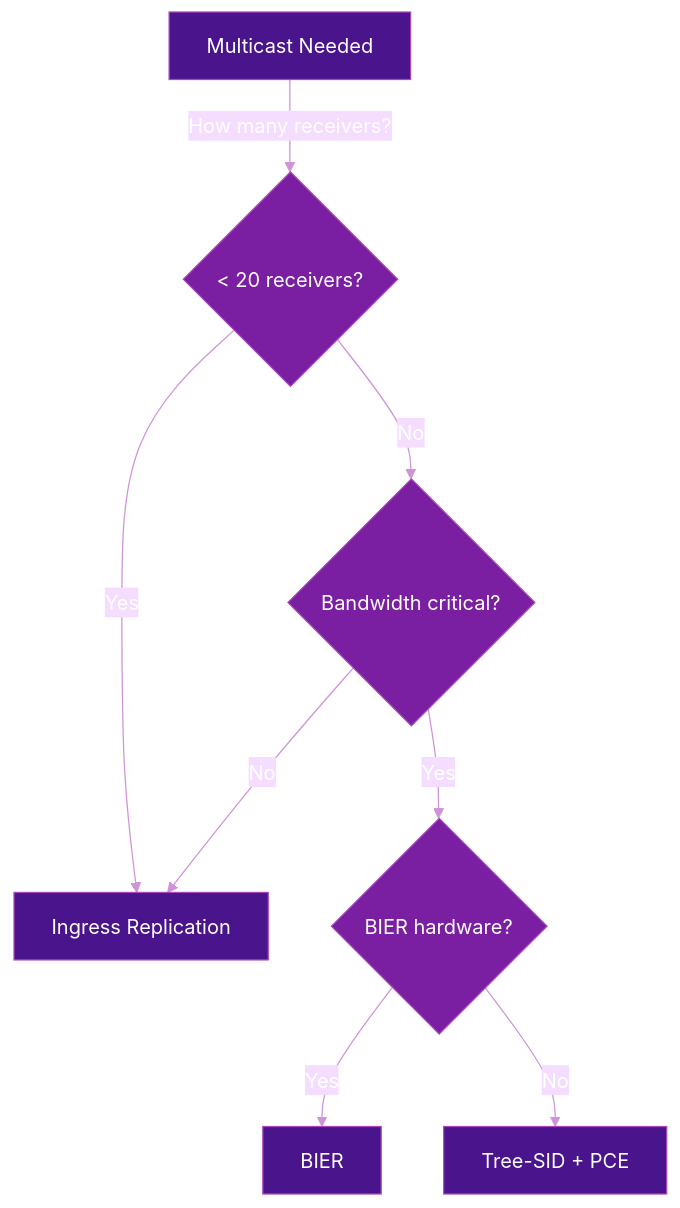
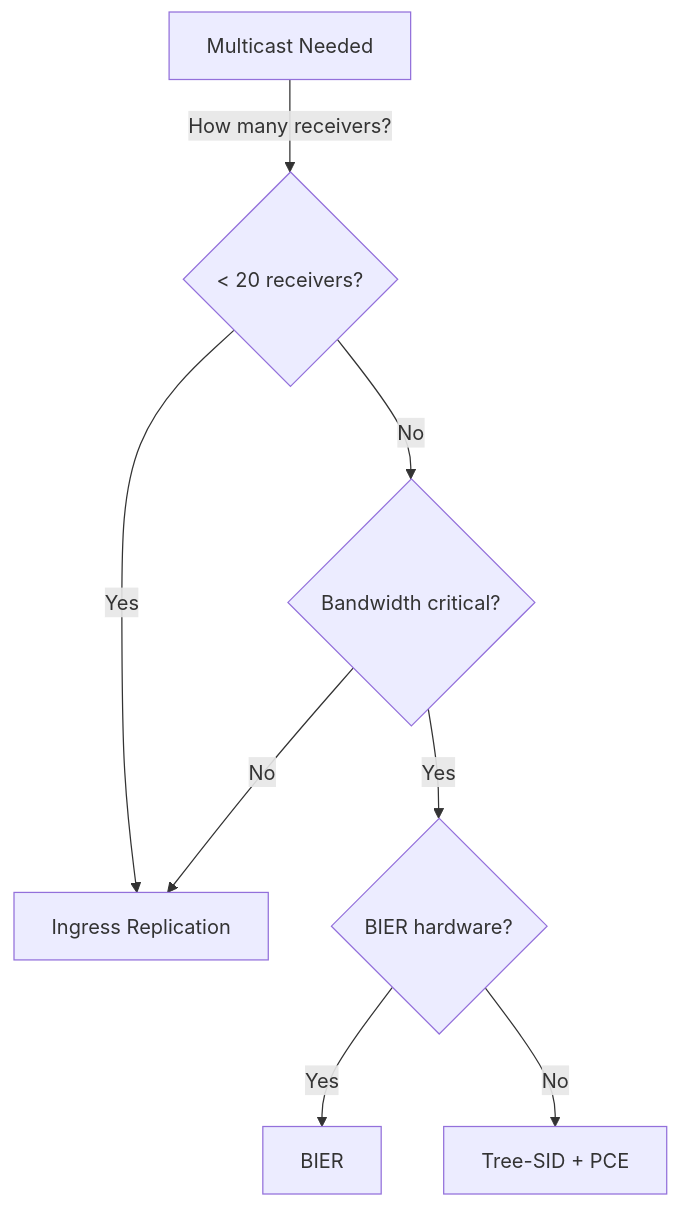
One commit to eldaninavas/srv6.md changed the fourth of 4 diagrams in docs/topics/multicast.md. Above: the diagram before and after it, drawn with Mermaid. The commit also changed other lines of this file and 29 other files, not shown here.

First line of the commit message:
fix(mermaid): apply theme-aware colors site-wide

````diff
--- a/docs/topics/multicast.md
+++ b/docs/topics/multicast.md
@@ -323,19 +298,10 @@
 ```mermaid
-%%{init: {"theme": "base", "themeVariables": {"primaryTextColor": "#fff", "lineColor": "#ce93d8", "textColor": "#fff"}}}%%
 graph TD
     START[Multicast Needed] -->|How many receivers?| FEW{< 20 receivers?}
     FEW -->|Yes| IR[Ingress Replication]
     FEW -->|No| BW{Bandwidth critical?}
     BW -->|Yes| HW{BIER hardware?}
     HW -->|Yes| BIER[BIER]
     HW -->|No| TREE[Tree-SID + PCE]
     BW -->|No| IR
-
-    style START fill:#4a148c,color:#fff,stroke:#ab47bc
-    style FEW fill:#7b1fa2,color:#fff,stroke:#ab47bc
-    style BW fill:#7b1fa2,color:#fff,stroke:#ab47bc
-    style HW fill:#7b1fa2,color:#fff,stroke:#ab47bc
-    style IR fill:#4a148c,color:#fff,stroke:#ab47bc
-    style BIER fill:#4a148c,color:#fff,stroke:#ab47bc
-    style TREE fill:#4a148c,color:#fff,stroke:#ab47bc
 ```
````
